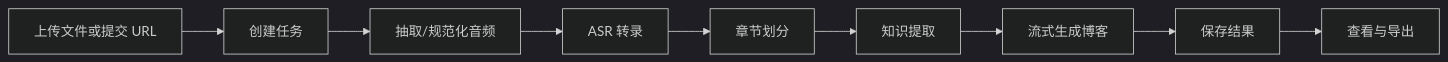
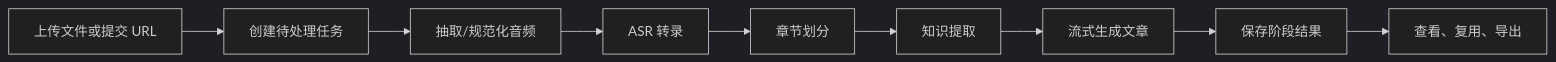
Before and after one commit to guyue356/Video2Knowledge: the second of 4 diagrams in README.md, drawn with Mermaid (dark theme). The commit also changed other lines of this file and 5 other files, not shown here.

````diff
--- a/README.md
+++ b/README.md
@@ -220,11 +212,11 @@
 ```mermaid
 flowchart LR
-    A["上传文件或提交 URL"] --> B["创建任务"]
+    A["上传文件或提交 URL"] --> B["创建待处理任务"]
     B --> C["抽取/规范化音频"]
     C --> D["ASR 转录"]
     D --> E["章节划分"]
     E --> F["知识提取"]
-    F --> G["流式生成博客"]
-    G --> H["保存结果"]
-    H --> I["查看与导出"]
+    F --> G["流式生成文章"]
+    G --> H["保存阶段结果"]
+    H --> I["查看、复用、导出"]
 ```
````
